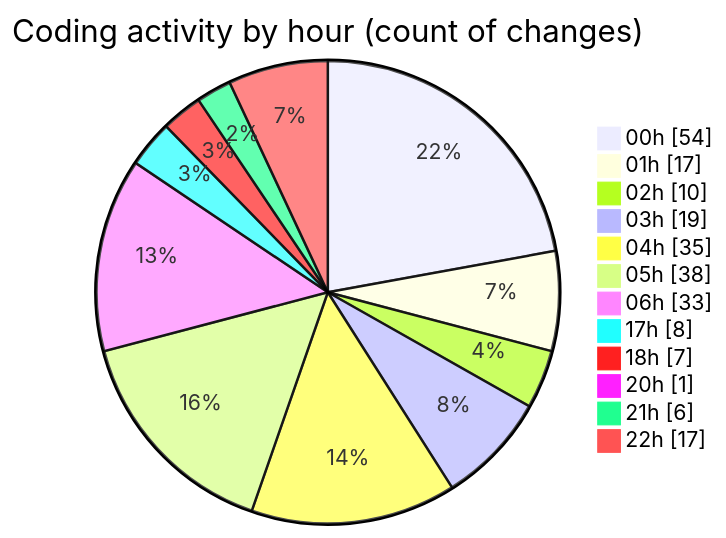
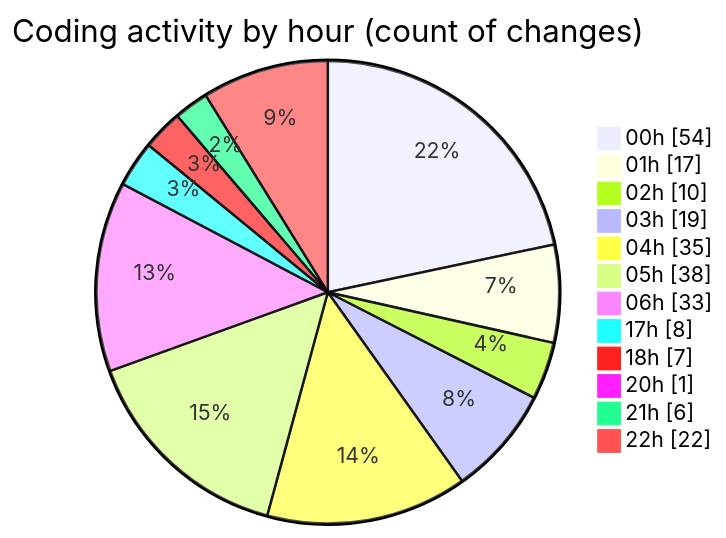
One commit to lephambinh05/code-tracking changed the second of 2 diagrams in 2025-07-26/quanlyrapchieuphim-1/README.md. Above: the diagram before and after it, drawn with Mermaid. The commit also changed other lines of this file and 1 other file, not shown here.

````diff
--- a/2025-07-26/quanlyrapchieuphim-1/README.md
+++ b/2025-07-26/quanlyrapchieuphim-1/README.md
@@ -53,16 +53,16 @@
 ```mermaid
 pie showData
 title Coding activity by hour (count of changes)
 "00h" : 54
 "01h" : 17
 "02h" : 10
 "03h" : 19
 "04h" : 35
 "05h" : 38
 "06h" : 33
 "17h" : 8
 "18h" : 7
 "20h" : 1
 "21h" : 6
-"22h" : 17
+"22h" : 22
 ```
````
